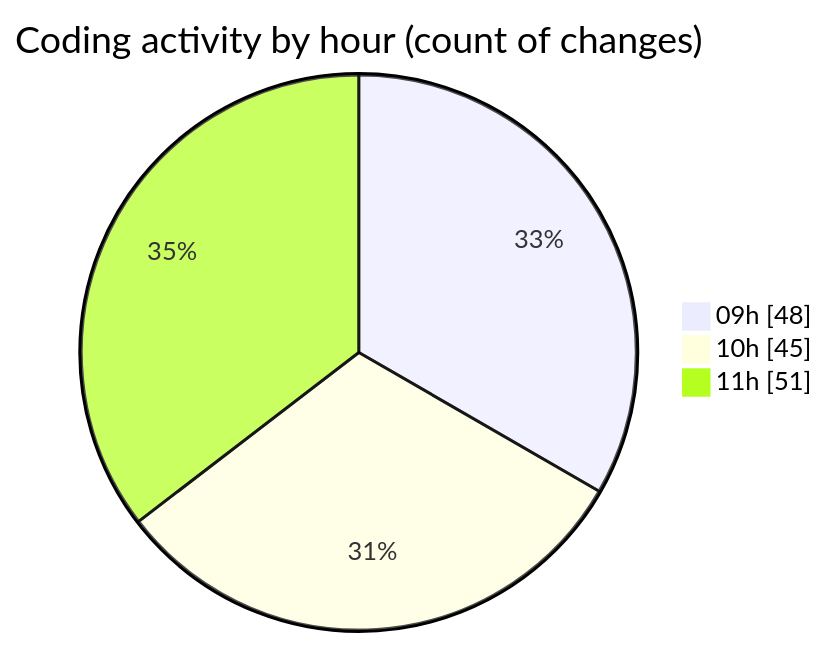
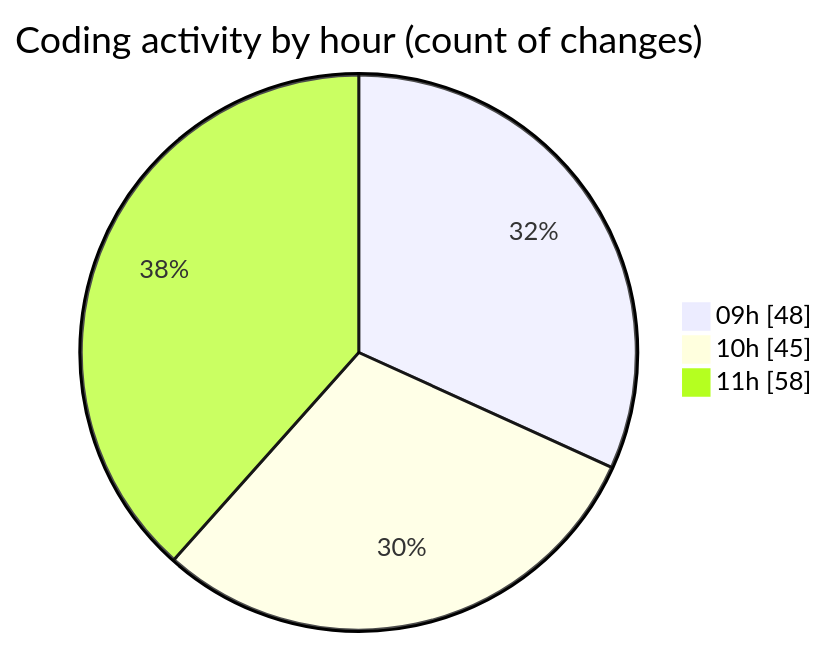
One commit to momahboobian/code-tracking changed the second of 2 diagrams in 2025-03-14/cda/README.md. Above: the diagram before and after it, drawn with Mermaid. The commit also changed other lines of this file and 1 other file, not shown here.

````diff
--- a/2025-03-14/cda/README.md
+++ b/2025-03-14/cda/README.md
@@ -45,7 +45,7 @@
 ```mermaid
 pie showData
 title Coding activity by hour (count of changes)
 "09h" : 48
 "10h" : 45
-"11h" : 51
+"11h" : 58
 ```
````
